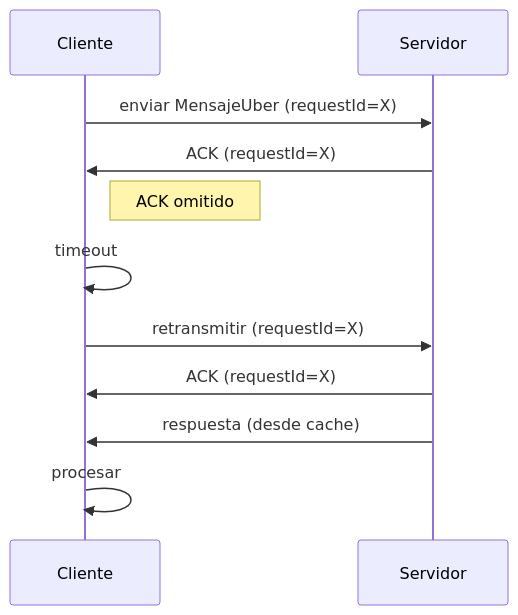
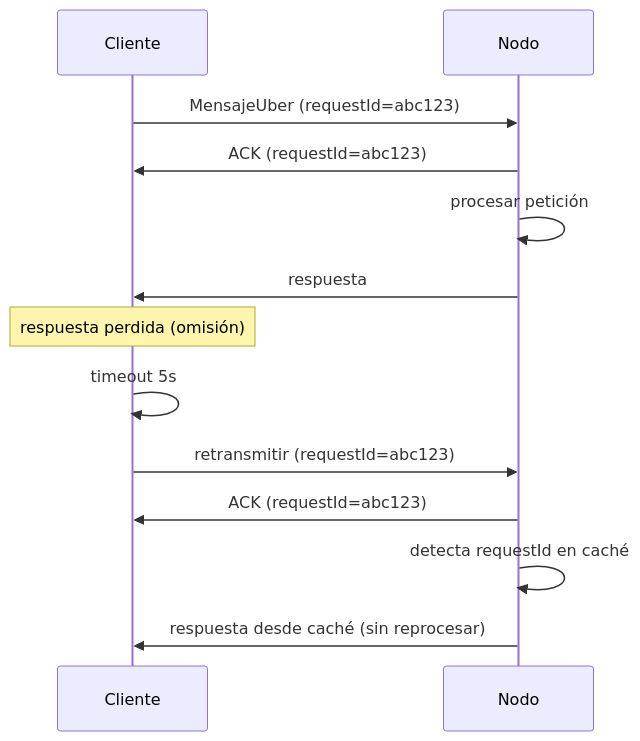
The second of 3 diagrams in modelo_fallos.md (JoakoFuenzalida/ProyectoUberDistribuido), drawn with Mermaid before and after one commit. The commit also changed other lines of this file and 1 other file, not shown here.

````diff
--- a/modelo_fallos.md
+++ b/modelo_fallos.md
@@ -103,16 +141,16 @@
 ```mermaid
----
-id: c1b9a1a2-761f-4944-8fff-41838f170c7e
----
 sequenceDiagram
-    participant Cliente
-    participant Servidor
-    Cliente->>Servidor: enviar MensajeUber (requestId=X)
-    Servidor->>Cliente: ACK (requestId=X)
-    Note right of Cliente: ACK omitido
-    Cliente->>Cliente: timeout
-    Cliente->>Servidor: retransmitir (requestId=X)
-    Servidor->>Cliente: ACK (requestId=X)
-    Servidor->>Cliente: respuesta (desde cache)
-    Cliente->>Cliente: procesar
+    participant C as Cliente
+    participant N as Nodo
+
+    C->>N: MensajeUber (requestId=abc123)
+    N->>C: ACK (requestId=abc123)
+    N->>N: procesar petición
+    N->>C: respuesta
+    Note over C: respuesta perdida (omisión)
+    C->>C: timeout 5s
+    C->>N: retransmitir (requestId=abc123)
+    N->>C: ACK (requestId=abc123)
+    N->>N: detecta requestId en caché
+    N->>C: respuesta desde caché (sin reprocesar)
 ```
````
